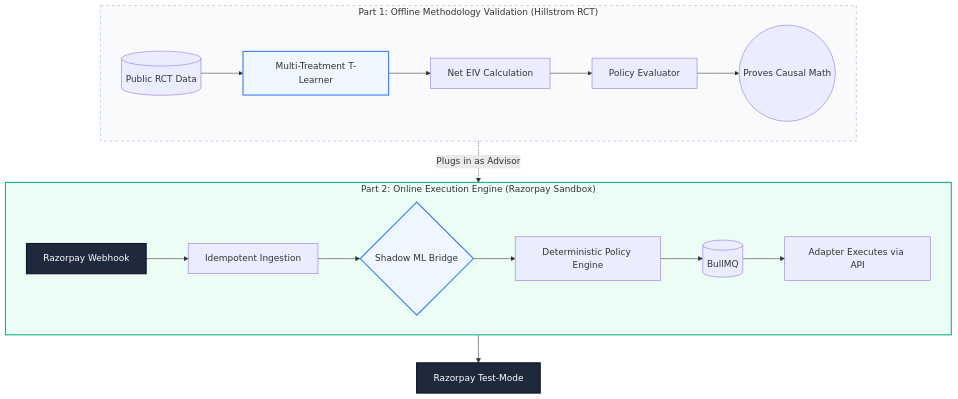
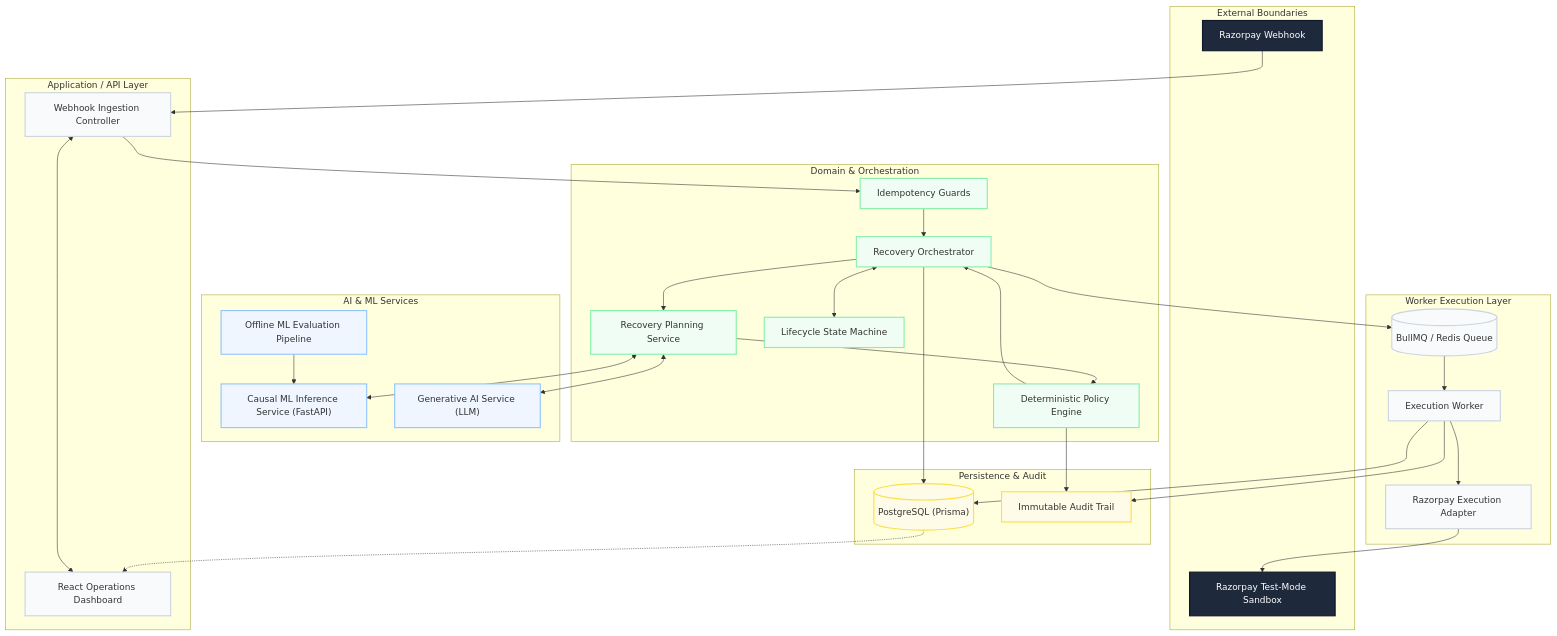
Before and after one commit to Surya-5555/FinTech-AI-05: the diagram in README.md, drawn with Mermaid. The commit also changed other lines of this file, not shown here.

````diff
--- a/README.md
+++ b/README.md
@@ -27,34 +20,79 @@
 ```mermaid
-flowchart TD
-    %% Define Styles
-    classDef offline fill:#f8fafc,stroke:#cbd5e1,stroke-width:2px,stroke-dasharray: 5 5
-    classDef online fill:#ecfdf5,stroke:#10b981,stroke-width:2px
-    classDef model fill:#eff6ff,stroke:#3b82f6,stroke-width:2px
-    classDef razorpay fill:#1e293b,stroke:#0f172a,stroke-width:2px,color:#fff
+flowchart TB
+    %% Definitions
+    classDef external fill:#1e293b,stroke:#0f172a,stroke-width:2px,color:#fff
+    classDef api fill:#f8fafc,stroke:#cbd5e1,stroke-width:2px
+    classDef domain fill:#f0fdf4,stroke:#86efac,stroke-width:2px
+    classDef ai fill:#eff6ff,stroke:#93c5fd,stroke-width:2px
+    classDef data fill:#fefce8,stroke:#fde047,stroke-width:2px
 
-    subgraph OFFLINE["Part 1: Offline Methodology Validation (Hillstrom RCT)"]
-        direction LR
-        HData[(Public RCT Data)] --> TLearn[Multi-Treatment T-Learner]
-        TLearn --> EIV[Net EIV Calculation]
-        EIV --> Eval[Policy Evaluator]
-        Eval --> MathProof((Proves Causal Math))
+    %% Subgraphs
+    subgraph EXTERNAL ["External Boundaries"]
+        Webhook["Razorpay Webhook"]
+        Provider["Razorpay Test-Mode Sandbox"]
     end
-    class OFFLINE offline
+    class Webhook,Provider external
 
-    subgraph ONLINE["Part 2: Online Execution Engine (Razorpay Sandbox)"]
-        direction LR
-        Webhook[Razorpay Webhook] --> Ingest[Idempotent Ingestion]
-        Ingest --> ML_Bridge{Shadow ML Bridge}
-        ML_Bridge --> Policy[Deterministic Policy Engine]
-        Policy --> Queue[(BullMQ)]
-        Queue --> Execute[Adapter Executes via API]
+    subgraph API_LAYER ["Application / API Layer"]
+        Ingestion["Webhook Ingestion Controller"]
+        DashboardUI["React Operations Dashboard"]
     end
-    class ONLINE online
+    class Ingestion,DashboardUI api
+
+    subgraph DOMAIN_LAYER ["Domain & Orchestration"]
+        Orchestrator["Recovery Orchestrator"]
+        Idempotency["Idempotency Guards"]
+        Planning["Recovery Planning Service"]
+        Policy["Deterministic Policy Engine"]
+        StateMachine["Lifecycle State Machine"]
+    end
+    class Orchestrator,Idempotency,Planning,Policy,StateMachine domain
+
+    subgraph AI_SERVICES ["AI & ML Services"]
+        ML_FastAPI["Causal ML Inference Service (FastAPI)"]
+        LLM_Client["Generative AI Service (LLM)"]
+        Eval["Offline ML Evaluation Pipeline"]
+    end
+    class ML_FastAPI,LLM_Client,Eval ai
+
+    subgraph EXECUTION_LAYER ["Worker Execution Layer"]
+        BullMQ[("BullMQ / Redis Queue")]
+        Worker["Execution Worker"]
+        Adapter["Razorpay Execution Adapter"]
+    end
+    class BullMQ,Worker,Adapter api
+
+    subgraph PERSISTENCE ["Persistence & Audit"]
+        Postgres[("PostgreSQL (Prisma)")]
+        AuditLog["Immutable Audit Trail"]
+    end
+    class Postgres,AuditLog data
 
     %% Connections
-    TLearn -. "Plugs in as Advisor" .-> ML_Bridge
-    Execute --> RZ_API[Razorpay Test-Mode]
+    Webhook --> Ingestion
+    Ingestion --> Idempotency
+    Idempotency --> Orchestrator
     
-    class TLearn,ML_Bridge model
-    class Webhook,RZ_API razorpay
+    Orchestrator <--> StateMachine
+    Orchestrator --> Planning
+
+    Planning <--> ML_FastAPI
+    Planning <--> LLM_Client
+    
+    Planning --> Policy
+    Policy --> Orchestrator
+    
+    Orchestrator --> BullMQ
+    BullMQ --> Worker
+    Worker --> Adapter
+    Adapter --> Provider
+    
+    Orchestrator --> Postgres
+    Worker --> Postgres
+    Policy --> AuditLog
+    Worker --> AuditLog
+    
+    Eval --> ML_FastAPI
+    DashboardUI <--> Ingestion
+    Postgres -.-> DashboardUI
 ```
````
